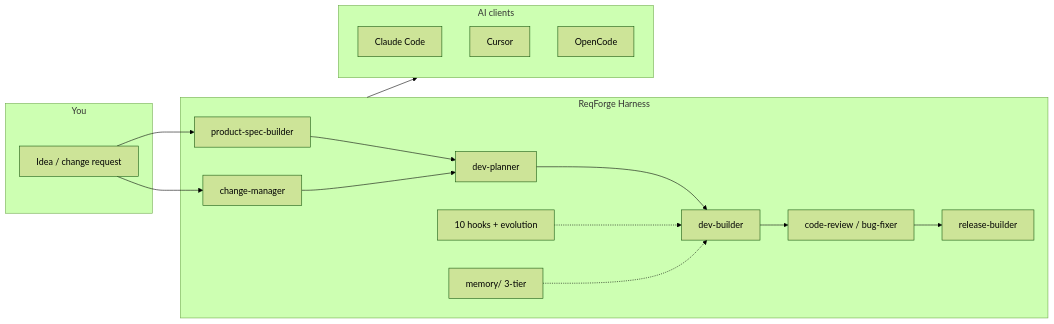
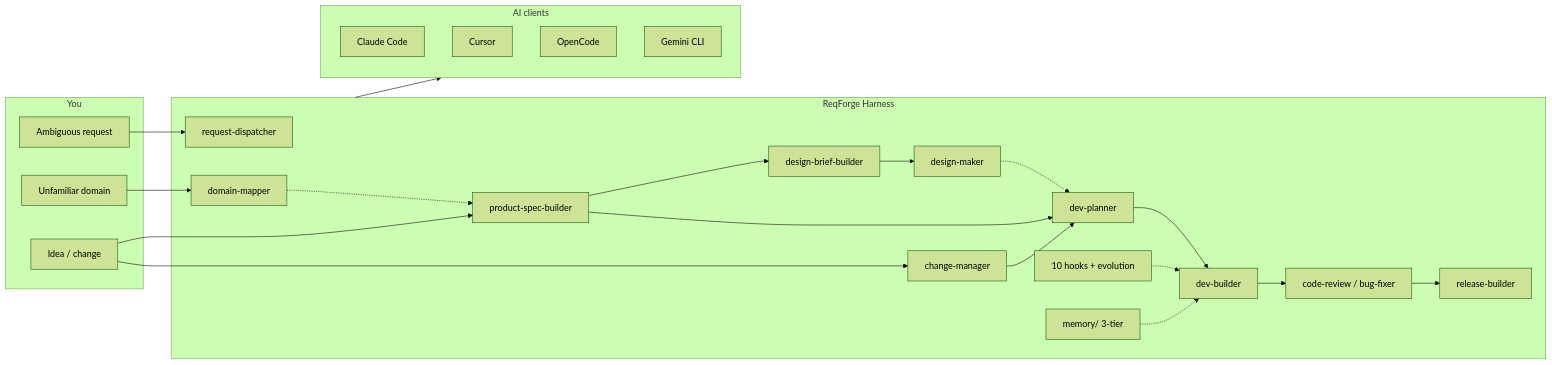
Before and after one commit to zxpmail/ReqForge: the diagram in README.md, drawn with Mermaid (forest theme). The commit also changed other lines of this file and 10 other files, not shown here.

First line of the commit message:
docs: sync architecture and usage docs for v1.43

````diff
--- a/README.md
+++ b/README.md
@@ -17,34 +17,47 @@
 ```mermaid
 flowchart LR
   subgraph inputs [You]
-    Idea[Idea / change request]
+    Idea[Idea / change]
+    DomainIn[Unfamiliar domain]
+    Ambig[Ambiguous request]
   end
 
   subgraph forge [ReqForge Harness]
+    Route[request-dispatcher]
+    Domain[domain-mapper]
     Spec[product-spec-builder]
+    DBr[design-brief-builder]
+    DMk[design-maker]
     Chg[change-manager]
     Plan[dev-planner]
     Build[dev-builder]
     Rev[code-review / bug-fixer]
     Rel[release-builder]
     Hooks[10 hooks + evolution]
     Mem[memory/ 3-tier]
   end
 
   subgraph clients [AI clients]
     CC[Claude Code]
     CU[Cursor]
     OC[OpenCode]
+    GC[Gemini CLI]
   end
 
+  Ambig --> Route
+  DomainIn --> Domain
+  Domain -.-> Spec
   Idea --> Spec
+  Spec --> DBr
+  DBr --> DMk
+  DMk -.-> Plan
   Spec --> Plan
   Idea --> Chg
   Chg --> Plan
   Plan --> Build
   Build --> Rev
   Rev --> Rel
   Hooks -.-> Build
   Mem -.-> Build
   forge --> clients
 ```
````
